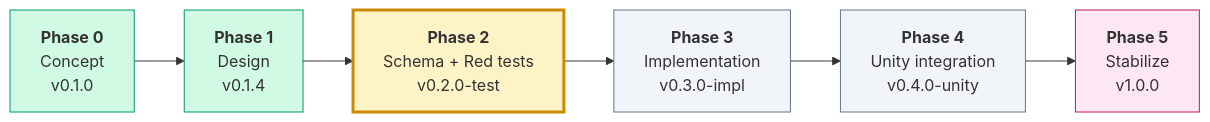
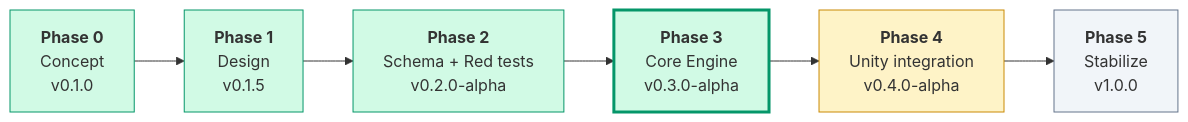
One commit to hiroxpepe/animo changed the second of 12 diagrams in README.md. Above: the diagram before and after it, drawn with Mermaid. The commit also changed other lines of this file and 17 other files, not shown here.

Commit message:
feat: Update the phase 3 tasks to reach a fully green test

````diff
--- a/README.md
+++ b/README.md
@@ -57,16 +60,16 @@
 ```mermaid
 flowchart LR
   P0["<b>Phase 0</b><br/>Concept<br/>v0.1.0"]
-  P1["<b>Phase 1</b><br/>Design<br/>v0.1.4"]
-  P2["<b>Phase 2</b><br/>Schema + Red tests<br/>v0.2.0-test"]
-  P3["<b>Phase 3</b><br/>Implementation<br/>v0.3.0-impl"]
-  P4["<b>Phase 4</b><br/>Unity integration<br/>v0.4.0-unity"]
+  P1["<b>Phase 1</b><br/>Design<br/>v0.1.5"]
+  P2["<b>Phase 2</b><br/>Schema + Red tests<br/>v0.2.0-alpha"]
+  P3["<b>Phase 3</b><br/>Core Engine<br/>v0.3.0-alpha"]
+  P4["<b>Phase 4</b><br/>Unity integration<br/>v0.4.0-alpha"]
   P5["<b>Phase 5</b><br/>Stabilize<br/>v1.0.0"]
   P0 --> P1 --> P2 --> P3 --> P4 --> P5
   style P0 fill:#d1fae5,stroke:#059669
   style P1 fill:#d1fae5,stroke:#059669
-  style P2 fill:#fef3c7,stroke:#ca8a04,stroke-width:3px
-  style P3 fill:#f1f5f9,stroke:#64748b
-  style P4 fill:#f1f5f9,stroke:#64748b
-  style P5 fill:#fce7f3,stroke:#be185d
+  style P2 fill:#d1fae5,stroke:#059669
+  style P3 fill:#d1fae5,stroke:#059669,stroke-width:3px
+  style P4 fill:#fef3c7,stroke:#ca8a04
+  style P5 fill:#f1f5f9,stroke:#64748b
 ```
````
